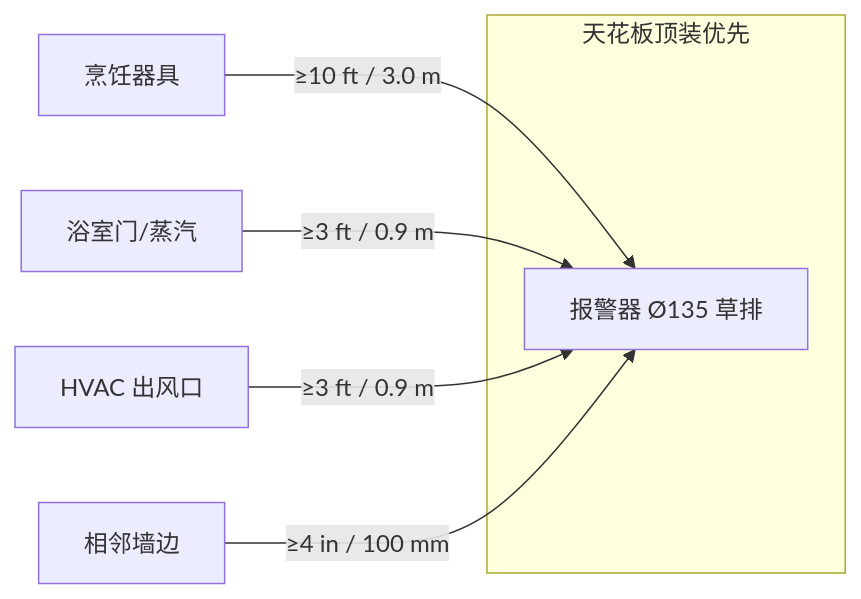
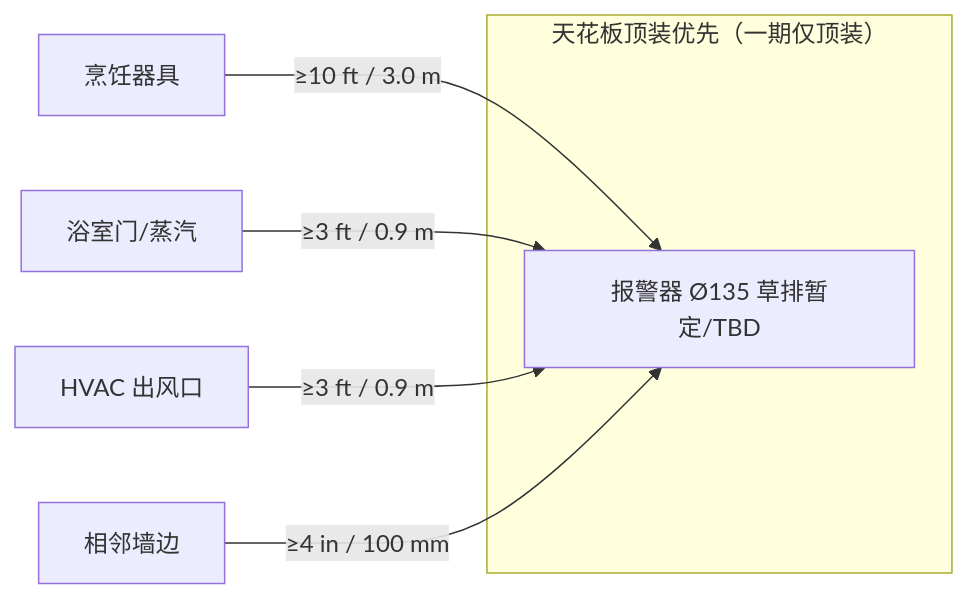
Before and after one commit to Leo2442926161/test1: the diagram in 超级烟感_项目资料包_v0.1/01_市场产品/说明书_N-06_安装最小距离_v0.1.md, drawn with Mermaid. The commit also changed other lines of this file, not shown here.

````diff
--- a/超级烟感_项目资料包_v0.1/01_市场产品/说明书_N-06_安装最小距离_v0.1.md
+++ b/超级烟感_项目资料包_v0.1/01_市场产品/说明书_N-06_安装最小距离_v0.1.md
@@ -103,10 +112,10 @@
 ```mermaid
 flowchart LR
-  subgraph ceiling["天花板顶装优先"]
-    ALARM["报警器 Ø135 草排"]
+  subgraph ceiling["天花板顶装优先（一期仅顶装）"]
+    ALARM["报警器 Ø135 草排暂定/TBD"]
   end
   COOK["烹饪器具"] -->|"≥10 ft / 3.0 m"| ALARM
   BATH["浴室门/蒸汽"] -->|"≥3 ft / 0.9 m"| ALARM
   HVAC["HVAC 出风口"] -->|"≥3 ft / 0.9 m"| ALARM
   WALL["相邻墙边"] -->|"≥4 in / 100 mm"| ALARM
 ```
````
